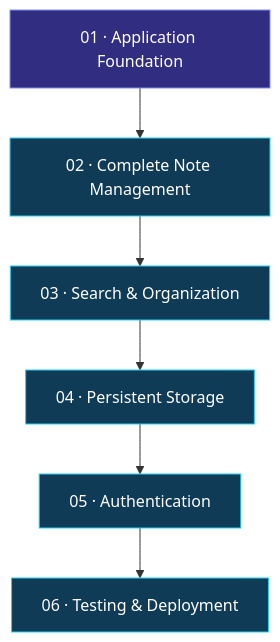
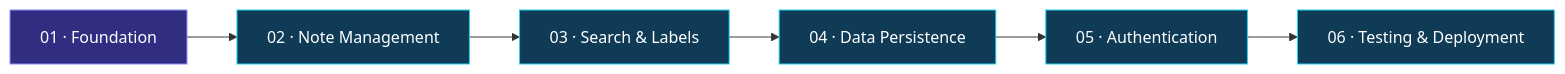
Before and after one commit to maahii-in/first-pratice-2021: the third of 3 diagrams in README.md, drawn with Mermaid. The commit also changed other lines of this file, not shown here.

````diff
--- a/README.md
+++ b/README.md
@@ -876,17 +625,14 @@
 ```mermaid
-flowchart TD
-    A["01 · Application Foundation"]
-    B["02 · Complete Note Management"]
-    C["03 · Search & Organization"]
-    D["04 · Persistent Storage"]
-    E["05 · Authentication"]
-    F["06 · Testing & Deployment"]
+flowchart LR
+    A["01 · Foundation"] --> B["02 · Note Management"]
+    B --> C["03 · Search & Labels"]
+    C --> D["04 · Data Persistence"]
+    D --> E["05 · Authentication"]
+    E --> F["06 · Testing & Deployment"]
 
-    A --> B --> C --> D --> E --> F
-
-    classDef first fill:#312E81,stroke:#818CF8,color:#FFFFFF
+    classDef start fill:#312E81,stroke:#818CF8,color:#FFFFFF
     classDef future fill:#0F3B56,stroke:#22D3EE,color:#FFFFFF
 
-    class A first
+    class A start
     class B,C,D,E,F future
 ```
````
